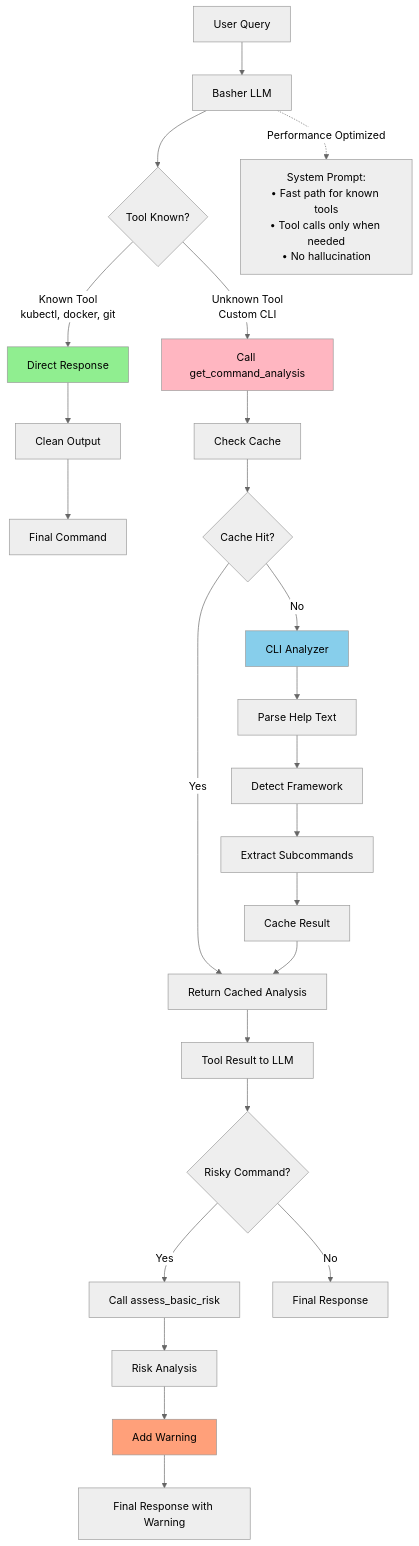
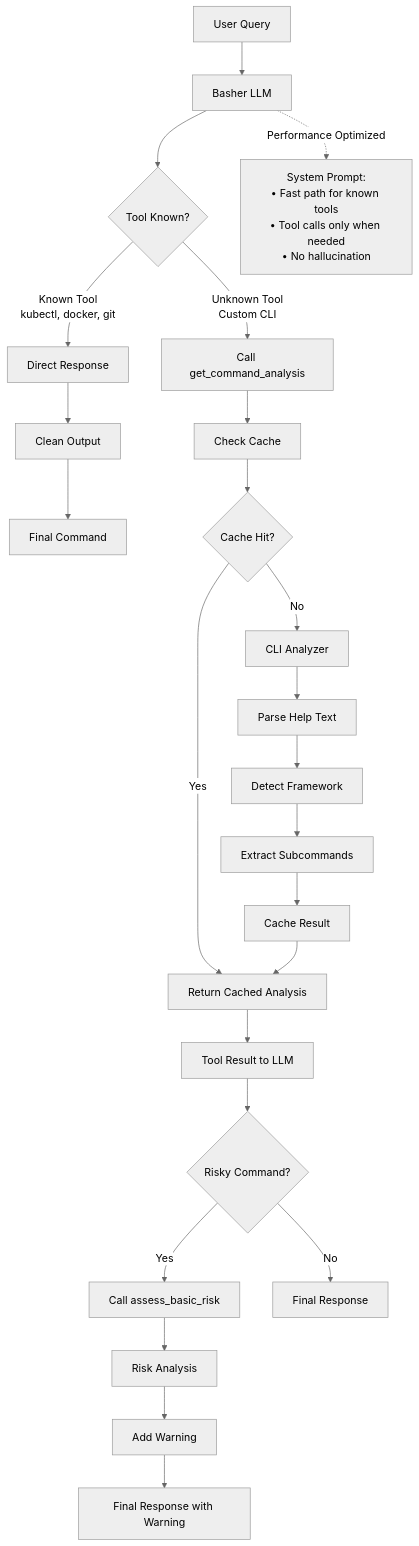
The diagram in basher/README.md (sanathks/models), drawn with Mermaid (neutral theme) before and after one commit.

````diff
--- a/basher/README.md
+++ b/basher/README.md
@@ -61,38 +61,33 @@
 ```mermaid
 flowchart TD
     A[User Query] --> B[Basher LLM]
     B --> C{Tool Known?}
     
     C -->|Known Tool<br/>kubectl, docker, git| D[Direct Response]
     D --> E[Clean Output]
     E --> F[Final Command]
     
     C -->|Unknown Tool<br/>Custom CLI| G[Call get_command_analysis]
     G --> H[Check Cache]
     H --> I{Cache Hit?}
     
     I -->|Yes| J[Return Cached Analysis]
     I -->|No| K[CLI Analyzer]
     K --> L[Parse Help Text]
     L --> M[Detect Framework]
     M --> N[Extract Subcommands]
     N --> O[Cache Result]
     O --> J
     
     J --> P[Tool Result to LLM]
     P --> Q{Risky Command?}
     
     Q -->|Yes| R[Call assess_basic_risk]
     R --> S[Risk Analysis]
     S --> T[Add Warning]
     T --> U[Final Response with Warning]
     
     Q -->|No| V[Final Response]
     
     B -.->|Performance Optimized| W[System Prompt:<br/>• Fast path for known tools<br/>• Tool calls only when needed<br/>• No hallucination]
-    
-    style D fill:#90EE90
-    style G fill:#FFB6C1
-    style K fill:#87CEEB
-    style T fill:#FFA07A
 ```
````
